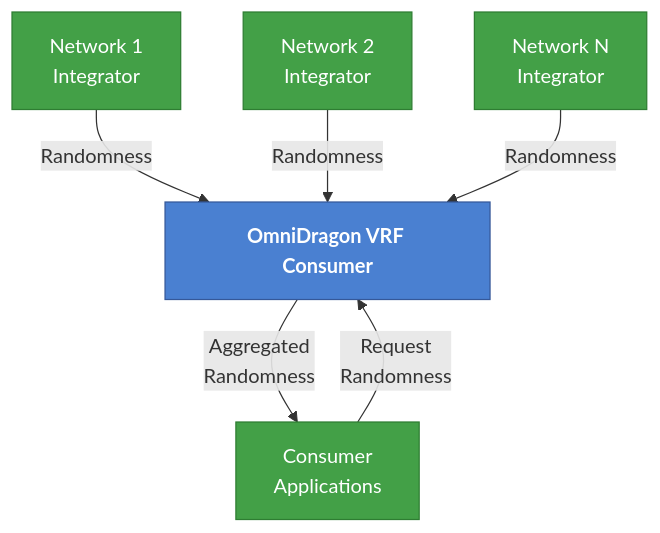
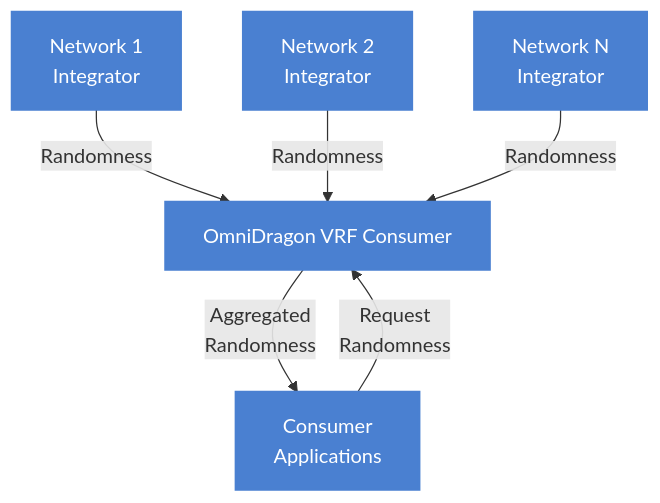
Before and after one commit to wenakita/sonicreddragon-docs: the diagram in docs/contracts/randomness/vrf-consumer.md, drawn with Mermaid. The commit also changed other lines of this file and 519 other files, not shown here.

````diff
--- a/docs/contracts/randomness/vrf-consumer.md
+++ b/docs/contracts/randomness/vrf-consumer.md
@@ -89,20 +90,20 @@
 ```mermaid
 flowchart TB
-    classDef primary fill:#4a80d1,stroke:#355899,color:#ffffff,font-weight:bold
-    classDef secondary fill:#43a047,stroke:#2e7d32,color:#ffffff
-    
+classDef primary fill:#4a80d1,stroke:#4a80d1,stroke-width:2px,color:#ffffff
+    classDef secondary fill:#4a80d1,stroke:#4a80d1,stroke-width:2px,color:#ffffff
+
     VRFConsumer["OmniDragon VRF Consumer"]:::primary
-    
+
     Network1["Network 1<br>Integrator"]:::secondary
     Network2["Network 2<br>Integrator"]:::secondary
     NetworkN["Network N<br>Integrator"]:::secondary
-    
+
     Applications["Consumer<br>Applications"]:::secondary
-    
+
     Network1 -->|"Randomness"| VRFConsumer
     Network2 -->|"Randomness"| VRFConsumer
     NetworkN -->|"Randomness"| VRFConsumer
-    
+
     VRFConsumer -->|"Aggregated<br>Randomness"| Applications
     Applications -->|"Request<br>Randomness"| VRFConsumer
 ```
````
